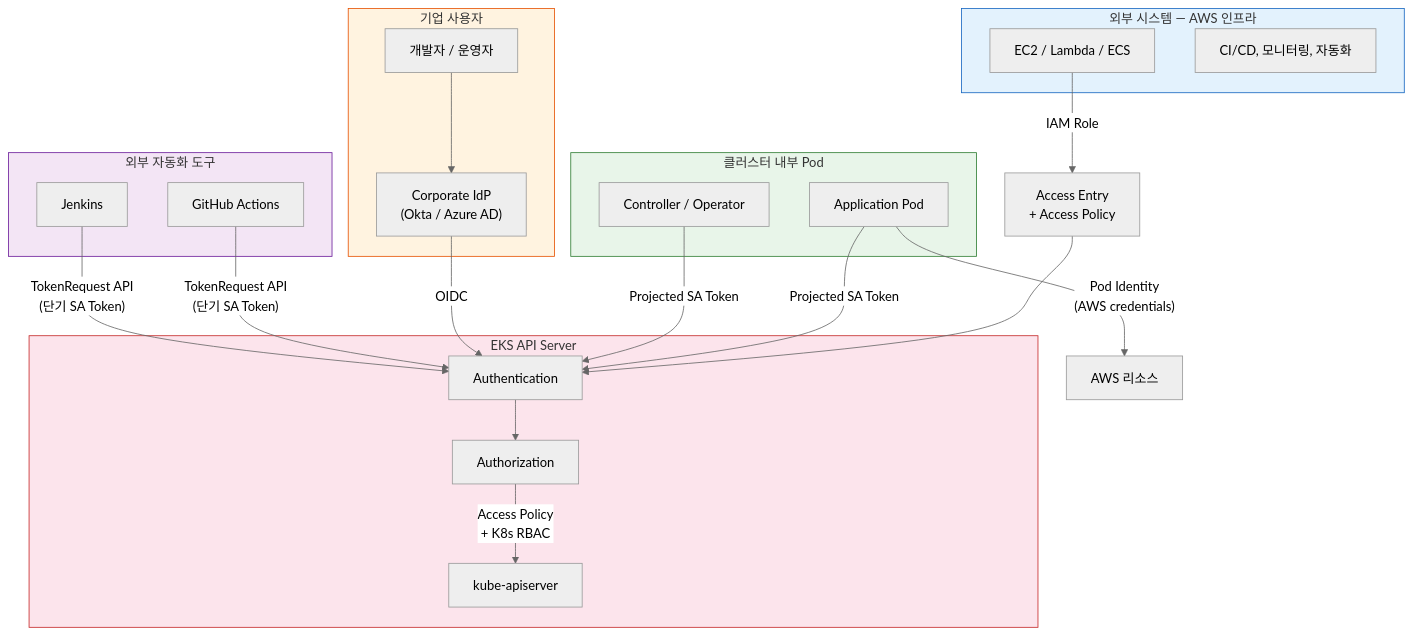
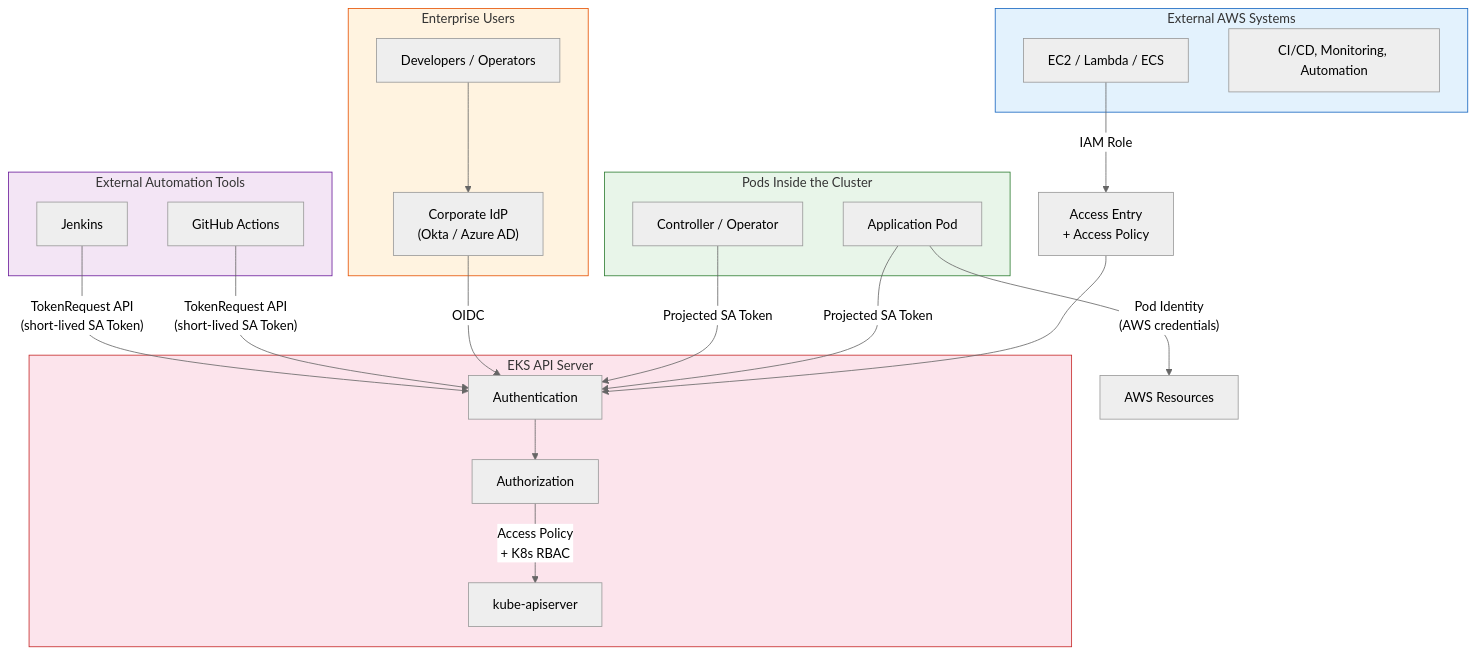
The diagram in docs/eks-best-practices/security-authn/eks-api-server-authn-authz.md (devfloor9/engineering-playbook), drawn with Mermaid (neutral theme) before and after one commit. The commit also changed other lines of this file and 954 other files, not shown here.

````diff
--- a/docs/eks-best-practices/security-authn/eks-api-server-authn-authz.md
+++ b/docs/eks-best-practices/security-authn/eks-api-server-authn-authz.md
@@ -337,50 +338,50 @@
 ```mermaid
 flowchart TB
-    subgraph External["외부 시스템 — AWS 인프라"]
+    subgraph External["External AWS Systems"]
         EC2["EC2 / Lambda / ECS"]
-        CICD_EXT["CI/CD, 모니터링, 자동화"]
+        CICD_EXT["CI/CD, Monitoring, Automation"]
     end
 
-    subgraph Internal["클러스터 내부 Pod"]
+    subgraph Internal["Pods Inside the Cluster"]
         Pod["Application Pod"]
         Controller["Controller / Operator"]
     end
 
-    subgraph Enterprise["기업 사용자"]
-        Dev["개발자 / 운영자"]
-        IdP["Corporate IdP\n(Okta / Azure AD)"]
+    subgraph Enterprise["Enterprise Users"]
+        Dev["Developers / Operators"]
+        IdP["Corporate IdP<br/>(Okta / Azure AD)"]
     end
 
-    subgraph ExtAuto["외부 자동화 도구"]
+    subgraph ExtAuto["External Automation Tools"]
         GHA["GitHub Actions"]
         Jenkins["Jenkins"]
     end
 
     subgraph EKS["EKS API Server"]
         AuthN["Authentication"]
         AuthZ["Authorization"]
         APIServer["kube-apiserver"]
     end
 
-    EC2 -->|"IAM Role"| AccessEntry["Access Entry\n+ Access Policy"]
+    EC2 -->|"IAM Role"| AccessEntry["Access Entry<br/>+ Access Policy"]
     AccessEntry --> AuthN
 
-    Pod -->|"Pod Identity\n(AWS credentials)"| AWSResources["AWS 리소스"]
+    Pod -->|"Pod Identity<br/>(AWS credentials)"| AWSResources["AWS Resources"]
     Pod -->|"Projected SA Token"| AuthN
     Controller -->|"Projected SA Token"| AuthN
 
     Dev --> IdP
     IdP -->|"OIDC"| AuthN
 
-    GHA -->|"TokenRequest API\n(단기 SA Token)"| AuthN
-    Jenkins -->|"TokenRequest API\n(단기 SA Token)"| AuthN
+    GHA -->|"TokenRequest API<br/>(short-lived SA Token)"| AuthN
+    Jenkins -->|"TokenRequest API<br/>(short-lived SA Token)"| AuthN
 
     AuthN --> AuthZ
-    AuthZ -->|"Access Policy\n+ K8s RBAC"| APIServer
+    AuthZ -->|"Access Policy<br/>+ K8s RBAC"| APIServer
 
     style External fill:#e3f2fd,stroke:#1565c0
     style Internal fill:#e8f5e9,stroke:#2e7d32
     style Enterprise fill:#fff3e0,stroke:#e65100
     style ExtAuto fill:#f3e5f5,stroke:#6a1b9a
     style EKS fill:#fce4ec,stroke:#c62828
 ```
````
